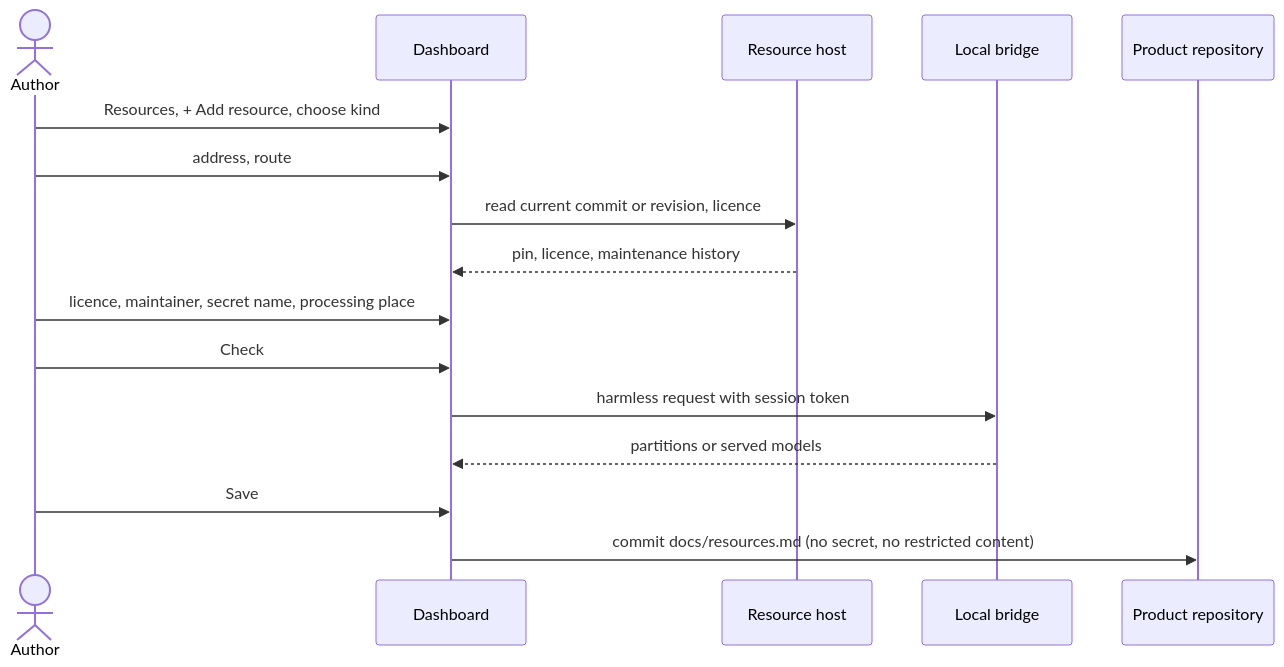
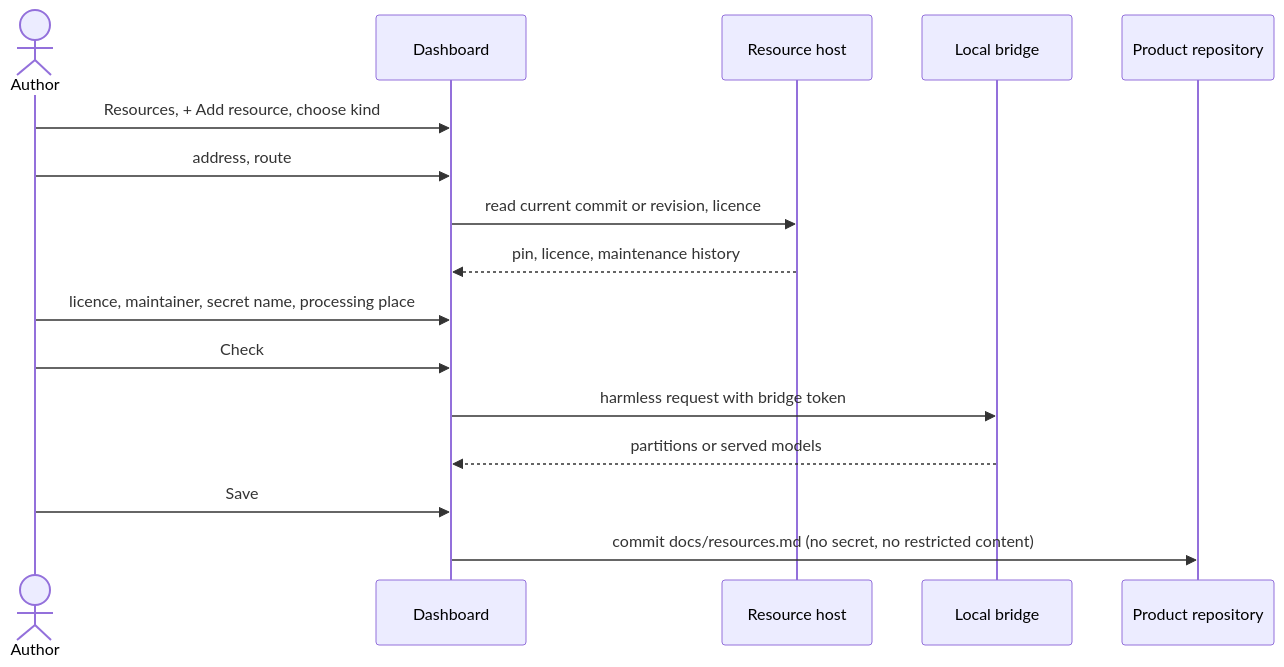
The diagram in docs/use-cases/UC-040-declare-the-products-resources.md (akmaier/agent-m), drawn with Mermaid before and after one commit. The commit also changed other lines of this file and 29 other files, not shown here.

````diff
--- a/docs/use-cases/UC-040-declare-the-products-resources.md
+++ b/docs/use-cases/UC-040-declare-the-products-resources.md
@@ -125,18 +125,18 @@
 ```mermaid
 sequenceDiagram
     actor A as Author
     participant D as Dashboard
     participant H as Resource host
     participant B as Local bridge
     participant P as Product repository
     A->>D: Resources, + Add resource, choose kind
     A->>D: address, route
     D->>H: read current commit or revision, licence
     H-->>D: pin, licence, maintenance history
     A->>D: licence, maintainer, secret name, processing place
     A->>D: Check
-    D->>B: harmless request with session token
+    D->>B: harmless request with bridge token
     B-->>D: partitions or served models
     A->>D: Save
     D->>P: commit docs/resources.md (no secret, no restricted content)
 ```
````
